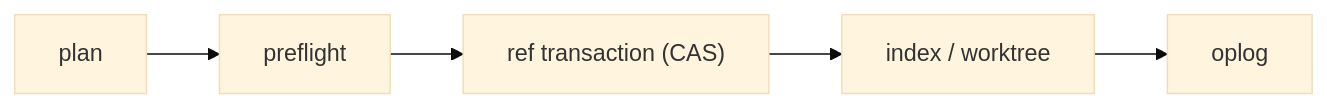
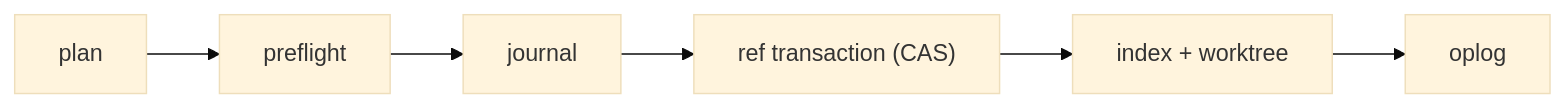
Before and after one commit to sagltd/aisc: the diagram in README.md, drawn with Mermaid (base theme). The commit also changed other lines of this file and 1 other file, not shown here.

````diff
--- a/README.md
+++ b/README.md
@@ -145,4 +206,4 @@
 ```mermaid
 flowchart LR
-  A[plan] --> B[preflight] --> C["ref transaction (CAS)"] --> D[index / worktree] --> E[oplog]
+  A[plan] --> B[preflight] --> C[journal] --> D["ref transaction (CAS)"] --> E[index + worktree] --> F[oplog]
 ```
````
